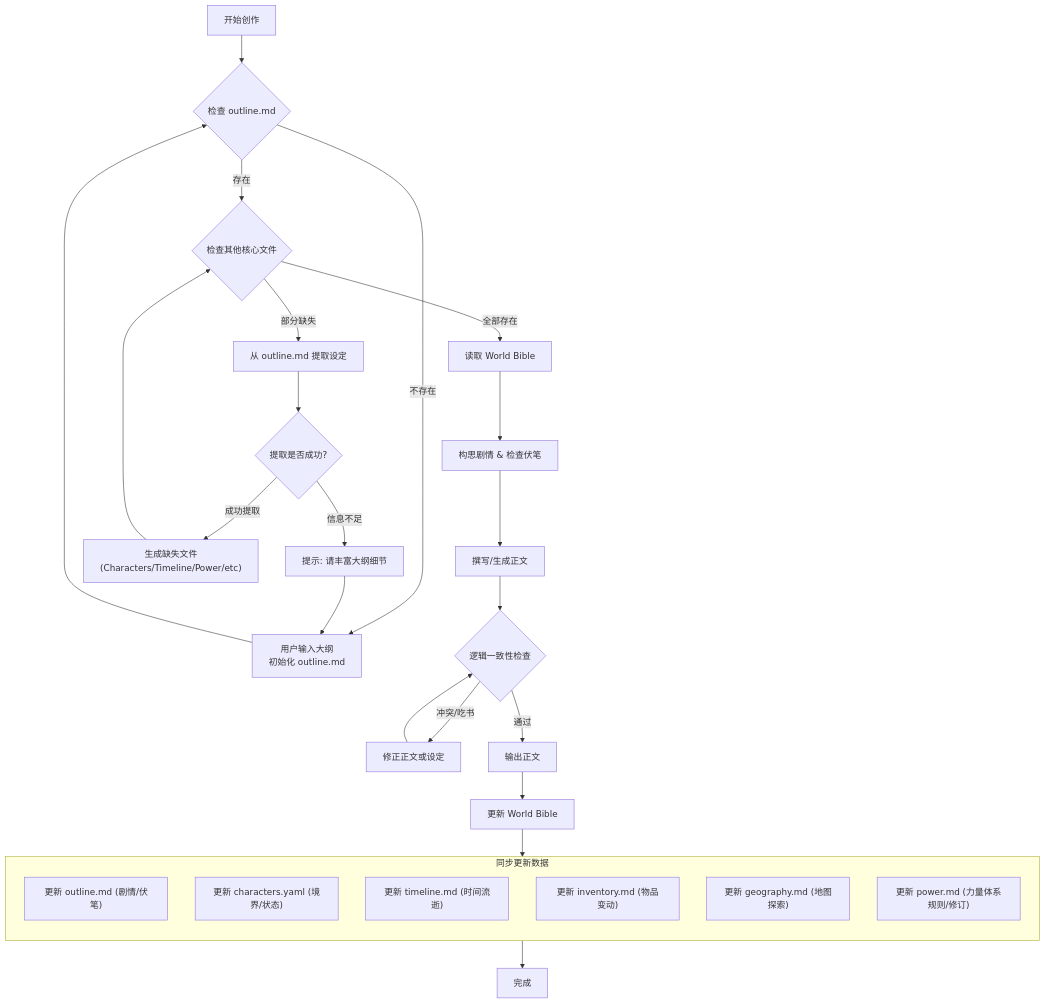
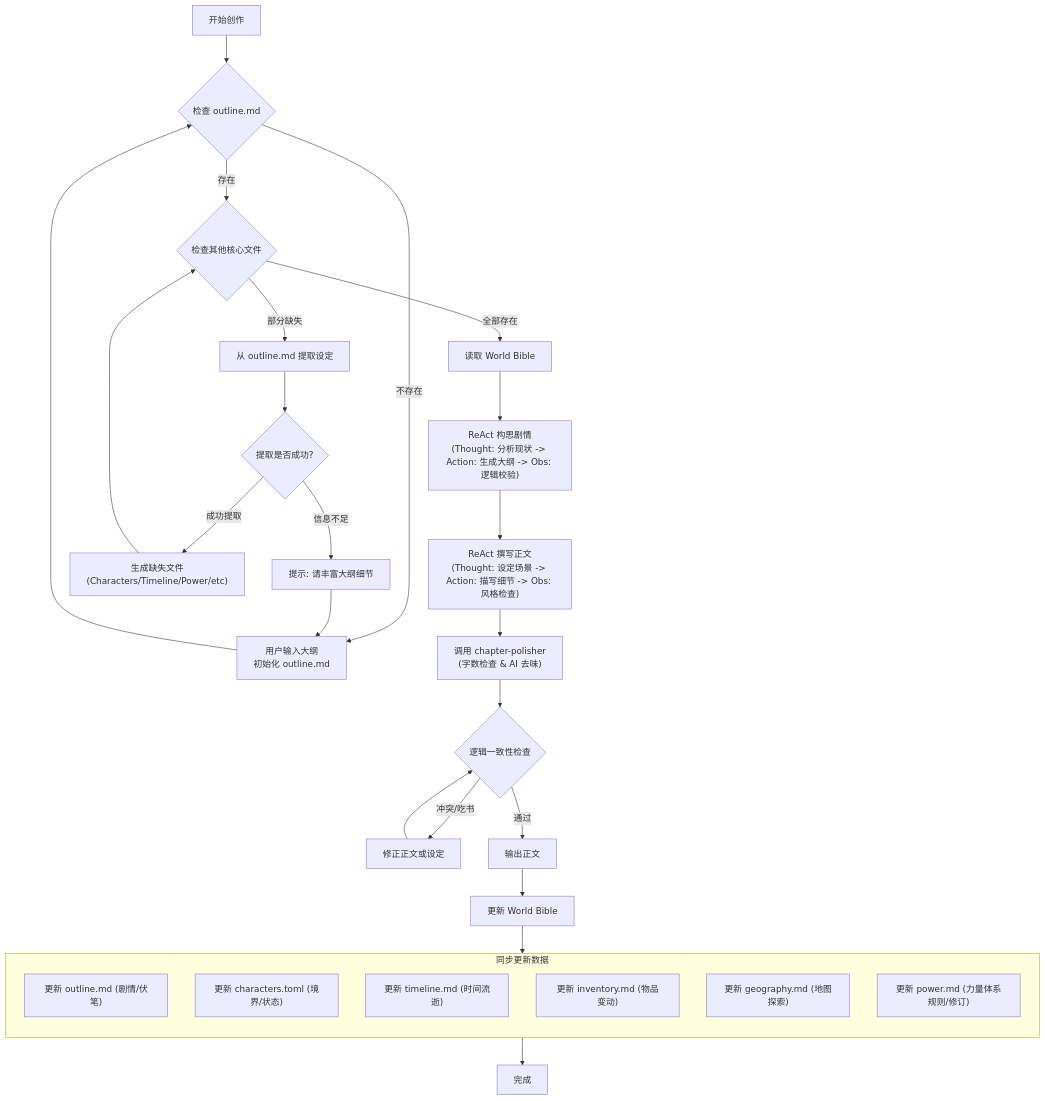
One commit to tiger-yi/novel-assistant changed the diagram in AGENTS.md. Above: the diagram before and after it, drawn with Mermaid. The commit also changed other lines of this file and 8 other files, not shown here.

````diff
--- a/AGENTS.md
+++ b/AGENTS.md
@@ -33,43 +33,44 @@
 ```mermaid
 flowchart TD
     Start["开始创作"] --> CheckOutline{"检查 outline.md"}
 
     CheckOutline -->|"不存在"| InputOutline["用户输入大纲\n初始化 outline.md"]
     InputOutline --> CheckOutline
 
     CheckOutline -->|"存在"| CheckOthers{"检查其他核心文件"}
     
     CheckOthers -->|"部分缺失"| Extract["从 outline.md 提取设定"]
     Extract --> VerifyExtract{"提取是否成功?"}
     
     VerifyExtract -->|"信息不足"| RequestUpdate["提示: 请丰富大纲细节"]
     RequestUpdate --> InputOutline
     
     VerifyExtract -->|"成功提取"| Generate["生成缺失文件\n(Characters/Timeline/Power/etc)"]
     Generate --> CheckOthers
     
     CheckOthers -->|"全部存在"| Read["读取 World Bible"]
 
-    Read --> Plan["构思剧情 & 检查伏笔"]
-    Plan --> Draft["撰写/生成正文"]
-    Draft --> Verify{"逻辑一致性检查"}
+    Read --> Plan["ReAct 构思剧情\n(Thought: 分析现状 -> Action: 生成大纲 -> Obs: 逻辑校验)"]
+    Plan --> Draft["ReAct 撰写正文\n(Thought: 设定场景 -> Action: 描写细节 -> Obs: 风格检查)"]
+    Draft --> Polish["调用 chapter-polisher\n(字数检查 & AI 去味)"]
+    Polish --> Verify{"逻辑一致性检查"}
     
     Verify -->|"冲突/吃书"| Fix["修正正文或设定"]
     Fix --> Verify
     
     Verify -->|"通过"| Publish["输出正文"]
     Publish --> Update["更新 World Bible"]
     
     subgraph UpdateBible ["同步更新数据"]
         direction TB
         U1["更新 outline.md (剧情/伏笔)"]
-        U2["更新 characters.yaml (境界/状态)"]
+        U2["更新 characters.toml (境界/状态)"]
         U3["更新 timeline.md (时间流逝)"]
         U4["更新 inventory.md (物品变动)"]
         U5["更新 geography.md (地图探索)"]
         U6["更新 power.md (力量体系规则/修订)"]
     end
     
     Update --> UpdateBible
     UpdateBible --> Finish["完成"]
 ```
````
